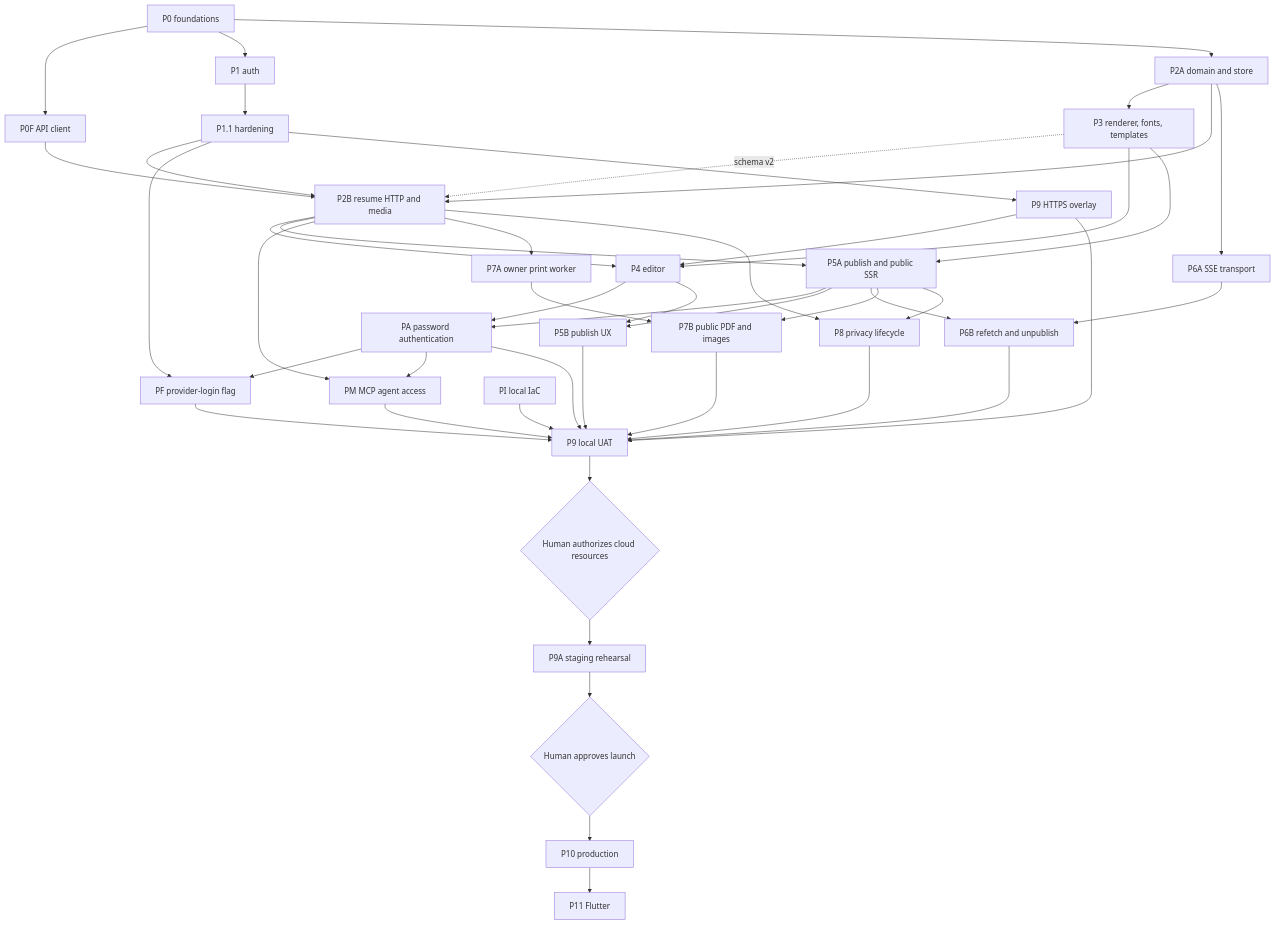
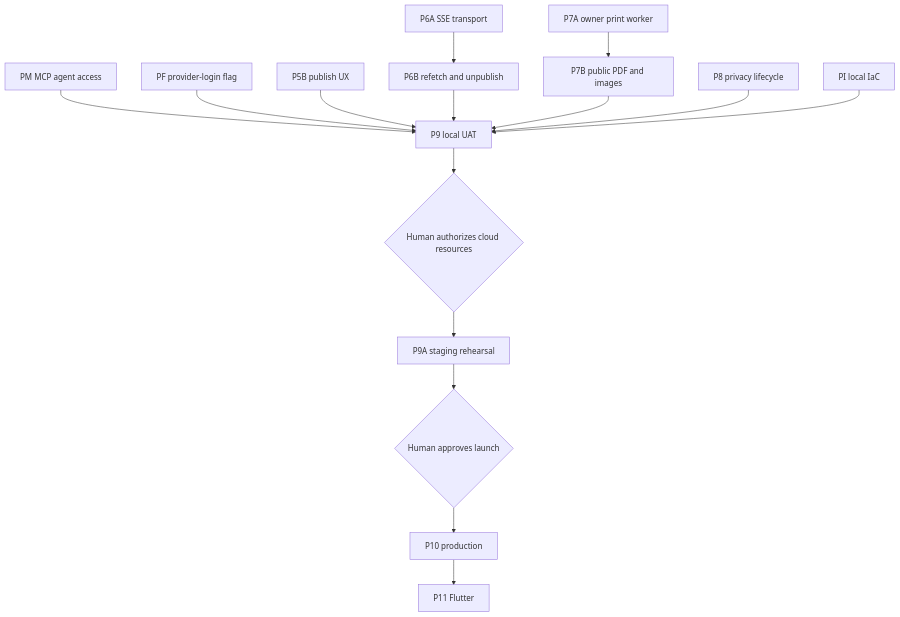
Before and after one commit to dannyota/aboutme: the diagram in docs/plans/implementation-plan.md, drawn with Mermaid. The commit also changed other lines of this file and 179 other files, not shown here.

````diff
--- a/docs/plans/implementation-plan.md
+++ b/docs/plans/implementation-plan.md
@@ -111,48 +77,17 @@
 ```mermaid
 graph TD
-    P0[P0 foundations] --> P0F[P0F API client]
-    P0 --> P1[P1 auth]
-    P1 --> P11[P1.1 hardening]
-    P0 --> P2A[P2A domain and store]
-    P2A --> P3[P3 renderer, fonts, templates]
-    P2A --> P2B[P2B resume HTTP and media]
-    P0F --> P2B
-    P11 --> P2B
-    P3 -. schema v2 .-> P2B
-    P2B --> P4[P4 editor]
-    P3 --> P4
-    P9H --> P4
-    P2B --> P5A[P5A publish and public SSR]
-    P3 --> P5A
-    P4 --> PA[PA password authentication]
-    P5A --> PA
-    P11 --> PF[PF provider-login flag]
-    PA --> PF
-    P2B --> PM[PM MCP agent access]
-    PA --> PM
-    P4 --> P5B[P5B publish UX]
-    P5A --> P5B
-    P2A --> P6A[P6A SSE transport]
-    P5A --> P6B[P6B refetch and unpublish]
-    P6A --> P6B
-    P2B --> P7A[P7A owner print worker]
-    P5A --> P7B[P7B public PDF and images]
-    P7A --> P7B
-    P2B --> P8P[P8 privacy lifecycle]
-    P5A --> P8P
-    P11 --> P9H[P9 HTTPS overlay]
-    P5B --> P9[P9 local UAT]
+    PM[PM MCP agent access] --> P9[P9 local UAT]
+    PF[PF provider-login flag] --> P9
+    P5B[P5B publish UX] --> P9
+    P6A[P6A SSE transport] --> P6B[P6B refetch and unpublish]
     P6B --> P9
+    P7A[P7A owner print worker] --> P7B[P7B public PDF and images]
     P7B --> P9
-    P8P --> P9
-    PA --> P9
-    PF --> P9
-    PM --> P9
-    P9H --> P9
+    P8[P8 privacy lifecycle] --> P9
     PI[PI local IaC] --> P9
     P9 --> AUTH{Human authorizes cloud resources}
     AUTH --> P9A[P9A staging rehearsal]
     P9A --> LAUNCH{Human approves launch}
     LAUNCH --> P10[P10 production]
-    P10 --> P11M[P11 Flutter]
+    P10 --> P11[P11 Flutter]
 ```
````
